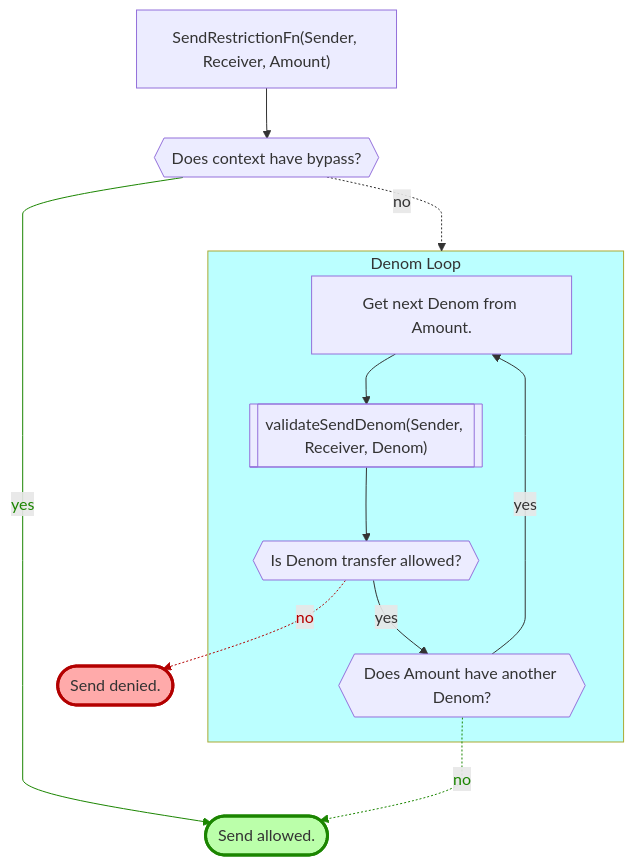
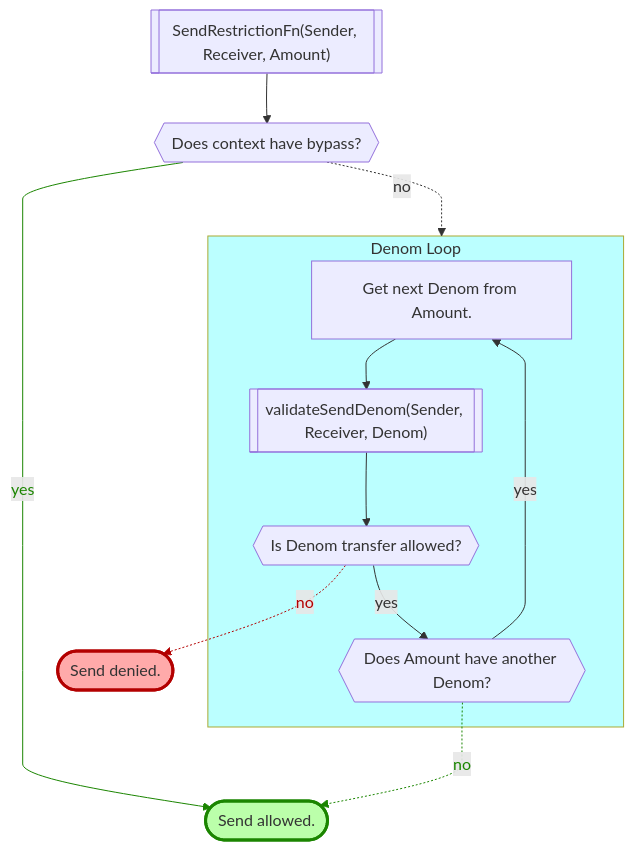
The first of 6 diagrams in x/marker/spec/12_transfers.md (provenance-io/provenance), drawn with Mermaid before and after one commit. The commit also changed other lines of this file, not shown here.

````diff
--- a/x/marker/spec/12_transfers.md
+++ b/x/marker/spec/12_transfers.md
@@ -82,29 +86,29 @@
 ```mermaid
 %%{ init: { 'flowchart': { 'curve': 'monotoneY'} } }%%
 flowchart TD
-    start["SendRestrictionFn(Sender, Receiver, Amount)"]
+    start[["SendRestrictionFn(Sender, Receiver, Amount)"]]
     qhasbp{{"Does context have bypass?"}}
     nextd["Get next Denom from Amount."]
     vsd[["validateSendDenom(Sender, Receiver, Denom)"]]
     isdok{{"Is Denom transfer allowed?"}}
     mored{{"Does Amount have another Denom?"}}
     ok(["Send allowed."])
     style ok fill:#bbffaa,stroke:#1b8500,stroke-width:3px
     denied(["Send denied."])
     style denied fill:#ffaaaa,stroke:#b30000,stroke-width:3px
     start --> qhasbp
     qhasbp ------>|yes| ok
     qhasbp -.->|no| denomloop
     subgraph denomloop ["Denom Loop"]
     isdok -->|yes| mored
     vsd --> isdok
     mored -->|yes| nextd
     nextd --> vsd
     end
     mored -.->|no| ok
     isdok -.->|no| denied
 
     style denomloop fill:#bbffff
     linkStyle 8 stroke:#b30000,color:#b30000
     linkStyle 1,7 stroke:#1b8500,color:#1b8500
 ```
````
